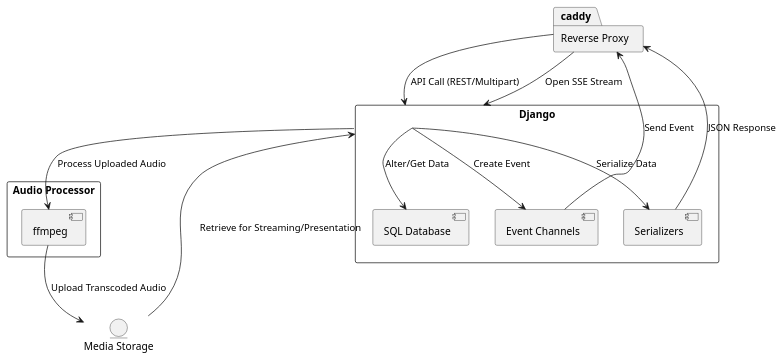
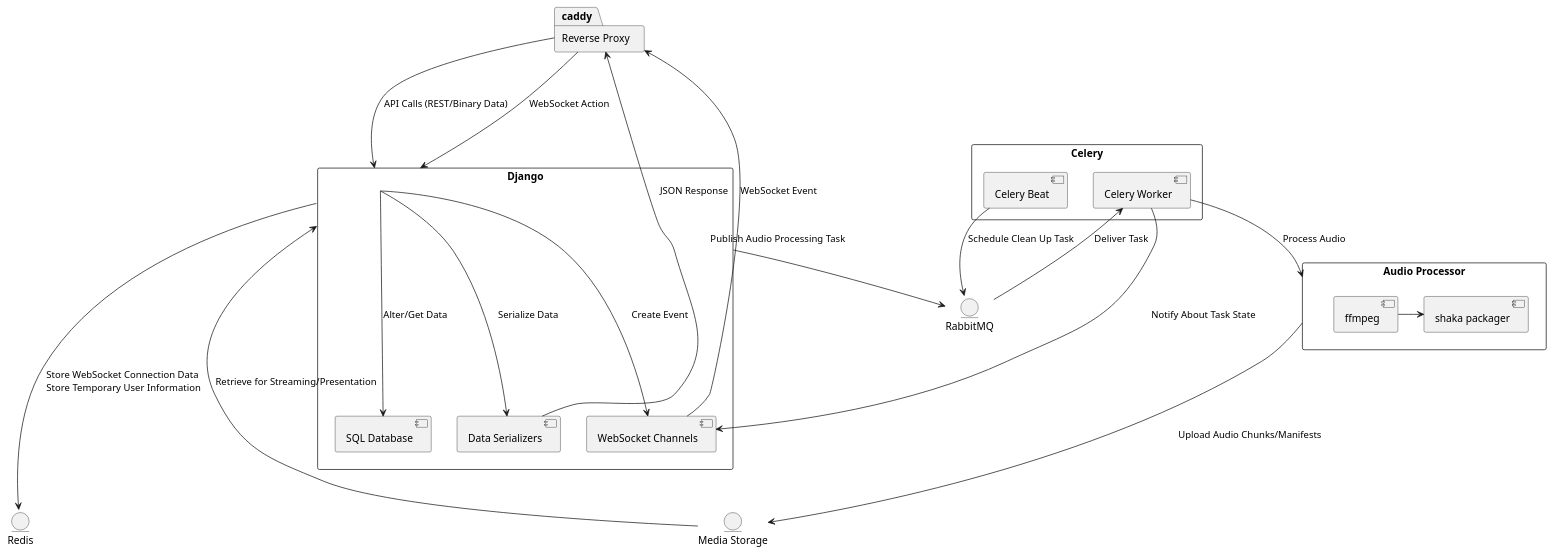
Before and after one commit to ddrddrr/musikk: the diagram in specification/analysis/backend.puml, drawn with PlantUML. The commit also changed 68 other files, not shown here.

```diff
--- a/specification/analysis/backend.puml
+++ b/specification/analysis/backend.puml
@@ -1,33 +1,50 @@
 @startuml DjangoServer
 
 skinparam packageStyle rectangle
 
 package "Reverse Proxy" as caddy
 
 package "Django" as django {
     [SQL Database] as db
-    [Event Channels] as eventstream
-    [Serializers] as serializers
+    [WebSocket Channels] as ws
+    [Data Serializers] as serializers
+}
+package "Audio Processor" as audioproc {
+    [ffmpeg]
+    [shaka packager]
 }
 
-package "Audio Processor" as audioproc {
-    [ffmpeg]
+entity "Redis" as redis
+
+entity "RabbitMQ" as rmq
+
+package "Celery" as celery {
+    [Celery Worker] as worker
+    [Celery Beat] as beat
 }
 
 entity "Media Storage" as store
 
-caddy --> django: API Call (REST/Multipart)
-django --> db: Alter/Get Data
-django --> eventstream: Create Event
+caddy ---> django: API Calls (REST/Binary Data)
+django ---> db: Alter/Get Data
+django ---> ws: Create Event
 
 django --> serializers: Serialize Data
-serializers -up-> caddy: JSON Response
+serializers -up--> caddy: JSON Response
 
-caddy --> django: Open SSE Stream
-eventstream -up-> caddy: Send Event
+caddy ---> django: WebSocket Action
+ws -up--> caddy: WebSocket Event
 
-django --> ffmpeg: Process Uploaded Audio
-ffmpeg --> store: Upload Transcoded Audio
-django <-- store: Retrieve for Streaming/Presentation
+django ----> redis: Store WebSocket Connection Data\n Store Temporary User Information
+
+django ----> rmq: Publish Audio Processing Task
+beat --> rmq: Schedule Clean Up Task
+rmq --> worker: Deliver Task
+worker ---> ws: Notify About Task State
+
+worker --> audioproc: Process Audio
+[ffmpeg] -> [shaka packager]
+audioproc ---> store: Upload Audio Chunks/Manifests
+django <--- store: Retrieve for Streaming/Presentation
 
 @enduml
```
